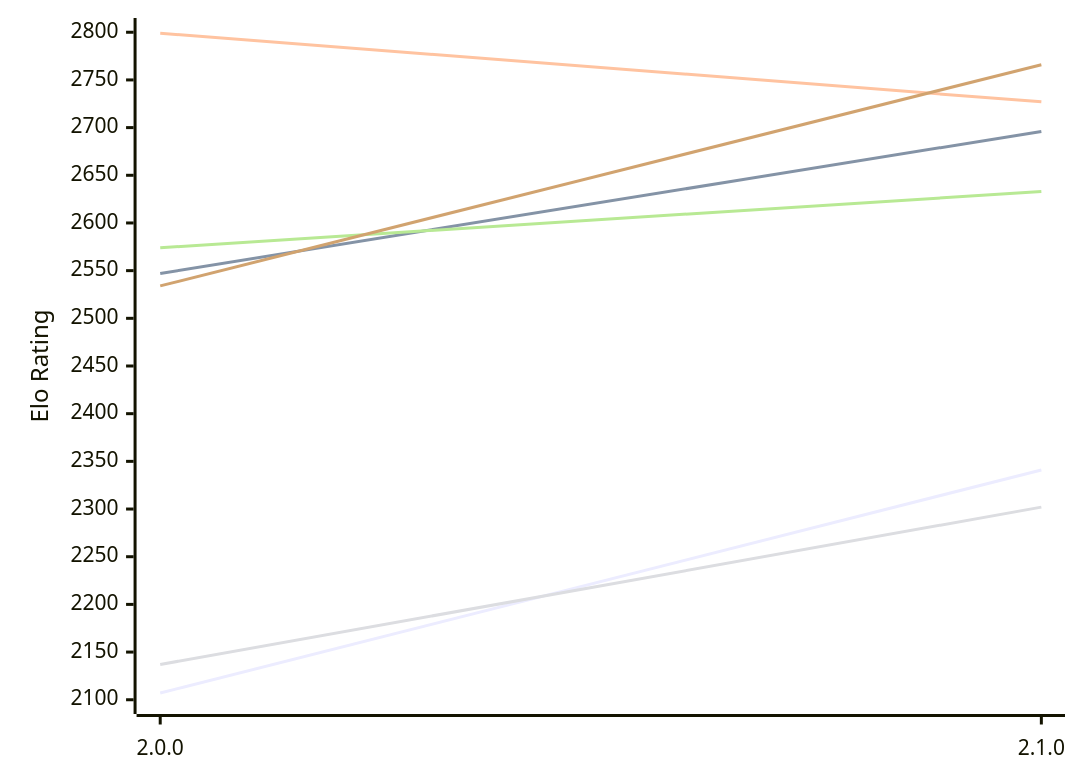
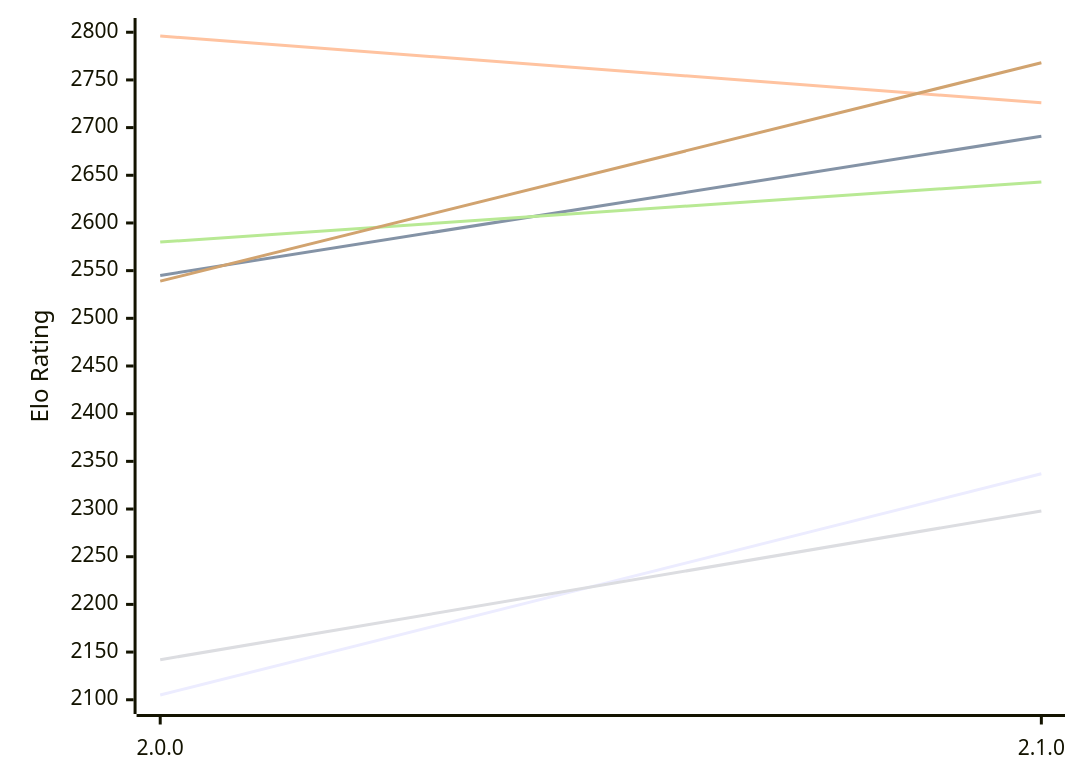
One commit to computer-chess-index/cci changed the first of 2 diagrams in engines/Ratsu.md. Above: the diagram before and after it, drawn with Mermaid. The commit also changed other lines of this file, not shown here.

Commit message:
Update CCI Ratings (ELO VLTC) - 2026-11-23

````diff
--- a/engines/Ratsu.md
+++ b/engines/Ratsu.md
@@ -54,12 +54,12 @@
 ```mermaid
 %%{init: {"theme":"base","themeVariables":{"seriesColors:['#a3a3a3','#222221','#faa371']}}}%%
 xychart-beta
   x-axis ["2.0.0", "2.1.0"]
   y-axis "Elo Rating" 2100 --> 2800
-  line "E1: STC (8.0+0.08s)" [2107, 2341]
-  line "E1: LTC (60.0+0.60s)" [2547, 2696]
-  line "E1: VLTC (2m24s+1.12s)" [2799, 2727]
-  line "P1: STC (8.0+0.08s)" [2137, 2302]
-  line "P1: LTC (60.0+0.60s)" [2574, 2633]
-  line "P1: VLTC (2m24s+1.12s)" [2534, 2766]
+  line "E1: STC (8.0+0.08s)" [2105, 2337]
+  line "E1: LTC (60.0+0.60s)" [2545, 2691]
+  line "E1: VLTC (2m24s+1.12s)" [2796, 2726]
+  line "P1: STC (8.0+0.08s)" [2142, 2298]
+  line "P1: LTC (60.0+0.60s)" [2580, 2643]
+  line "P1: VLTC (2m24s+1.12s)" [2539, 2768]
 ```
````
